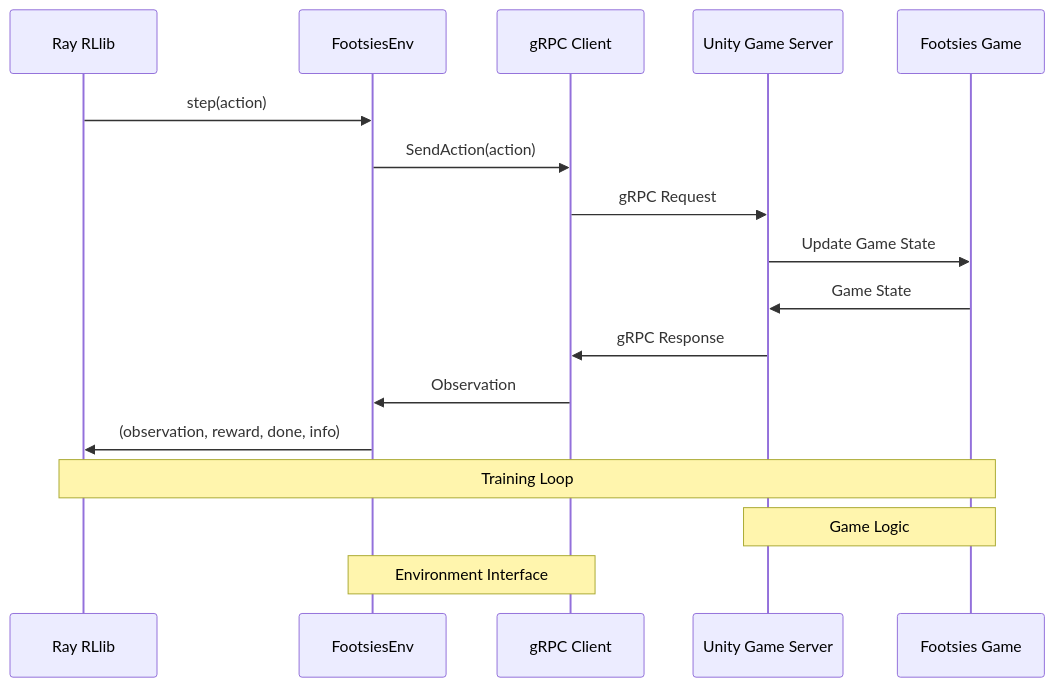
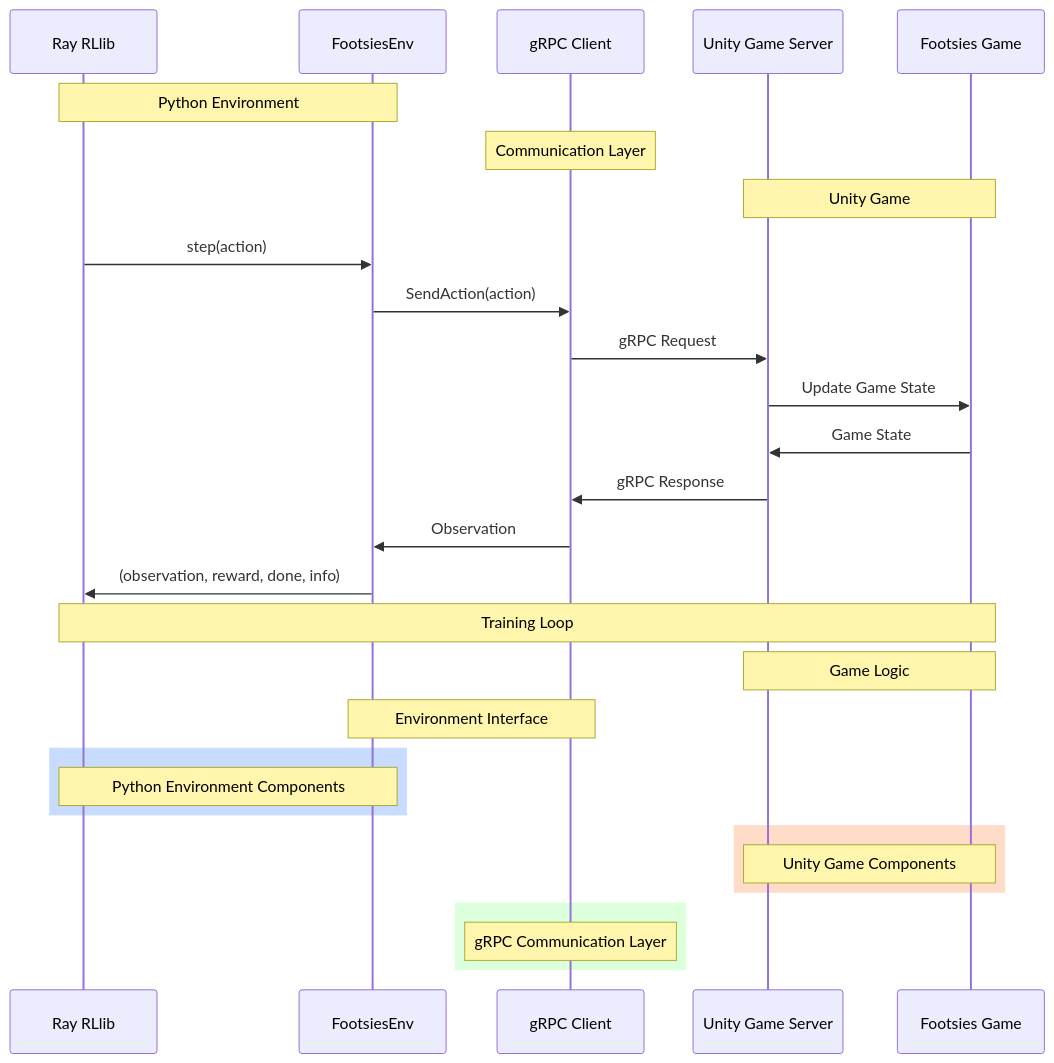
The diagram in README.md (chasemcd/FootsiesGym), drawn with Mermaid before and after one commit. The commit also changed other lines of this file, not shown here.

Commit message:
reorganize readme

````diff
--- a/README.md
+++ b/README.md
@@ -10,21 +10,35 @@
 ```mermaid
 sequenceDiagram
     participant RLlib as Ray RLlib
     participant Env as FootsiesEnv
     participant gRPC as gRPC Client
     participant Server as Unity Game Server
     participant Game as Footsies Game
+
+    Note over RLlib,Env: Python Environment
+    Note over gRPC: Communication Layer
+    Note over Server,Game: Unity Game
 
     RLlib->>Env: step(action)
     Env->>gRPC: SendAction(action)
     gRPC->>Server: gRPC Request
     Server->>Game: Update Game State
     Game->>Server: Game State
     Server->>gRPC: gRPC Response
     gRPC->>Env: Observation
     Env->>RLlib: (observation, reward, done, info)
 
     Note over RLlib,Game: Training Loop
     Note over Server,Game: Game Logic
     Note over Env,gRPC: Environment Interface
+
+    rect rgb(200, 220, 255)
+        Note over RLlib,Env: Python Environment Components
+    end
+    rect rgb(255, 220, 200)
+        Note over Server,Game: Unity Game Components
+    end
+    rect rgb(220, 255, 220)
+        Note over gRPC: gRPC Communication Layer
+    end
 ```
````
